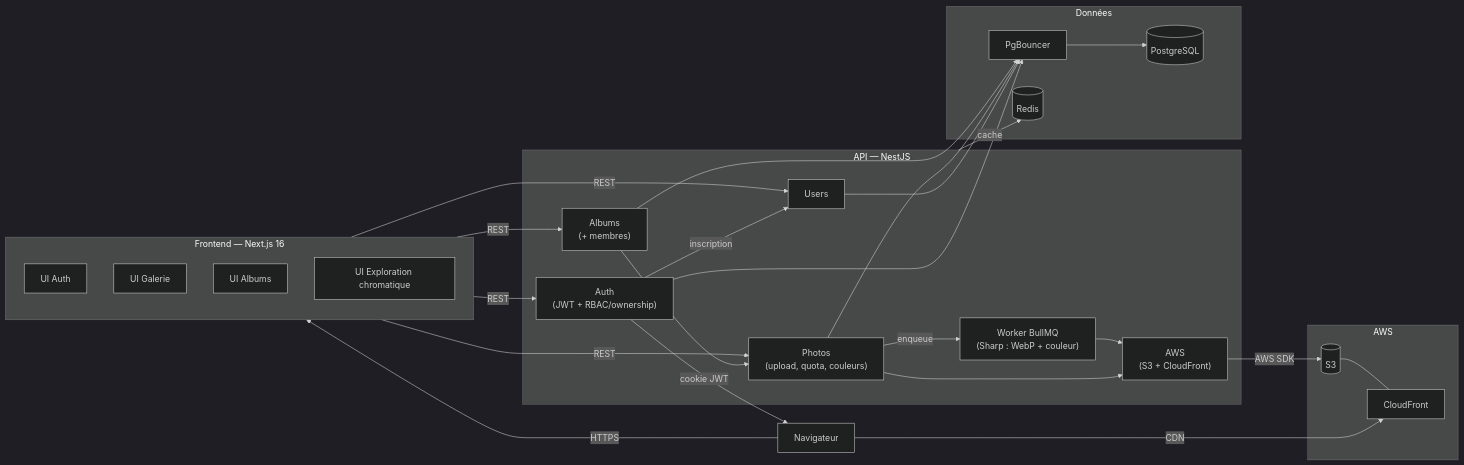
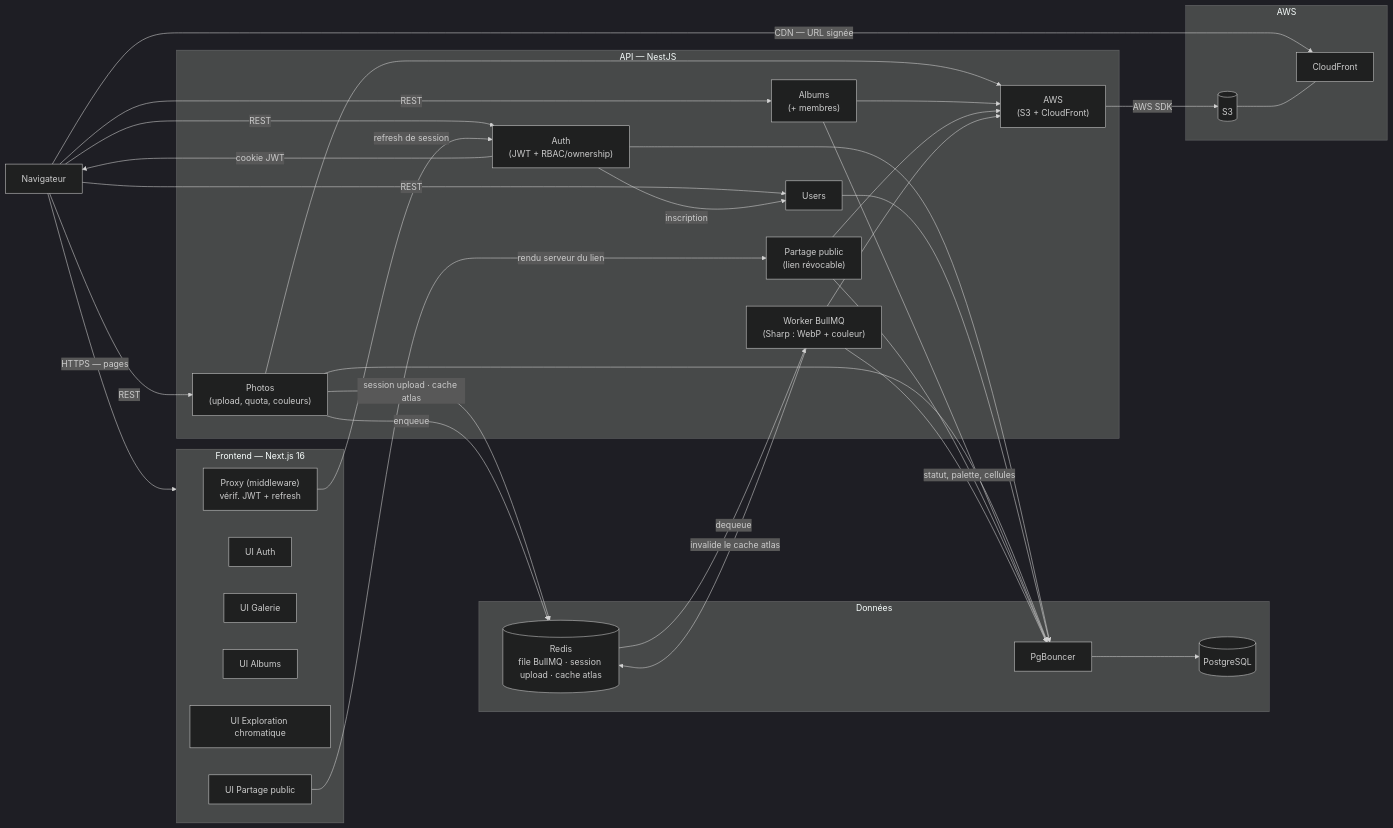
The third of 5 diagrams in docs/cartographie-si.md (TonyMascate/fil_rouge_plateforme), drawn with Mermaid (dark theme) before and after one commit. The commit also changed other lines of this file and 8 other files, not shown here.

````diff
--- a/docs/cartographie-si.md
+++ b/docs/cartographie-si.md
@@ -110,55 +123,68 @@
 ```mermaid
 graph LR
   Browser["Navigateur"]
 
   subgraph Frontend["Frontend — Next.js 16"]
+    Proxy["Proxy (middleware)\nvérif. JWT + refresh"]
     AuthUI["UI Auth"]
     GalleryUI["UI Galerie"]
     AlbumUI["UI Albums"]
     ExploreUI["UI Exploration chromatique"]
+    ShareUI["UI Partage public"]
   end
 
   subgraph API["API — NestJS"]
     AuthMod["Auth\n(JWT + RBAC/ownership)"]
     UserMod["Users"]
     PhotoMod["Photos\n(upload, quota, couleurs)"]
     AlbumMod["Albums\n(+ membres)"]
+    ShareMod["Partage public\n(lien révocable)"]
     AwsMod["AWS\n(S3 + CloudFront)"]
     Worker["Worker BullMQ\n(Sharp : WebP + couleur)"]
   end
 
   subgraph Data["Données"]
     PgBouncer["PgBouncer"]
     PostgreSQL[("PostgreSQL")]
-    Redis[("Redis")]
+    Redis[("Redis\nfile BullMQ · session upload · cache atlas")]
   end
 
   subgraph AWS["AWS"]
     S3[("S3")]
     CloudFront["CloudFront"]
   end
 
-  Browser -->|"HTTPS"| Frontend
-  Browser -->|"CDN"| CloudFront
+  %% Le navigateur consomme l'API en direct (React Query, sous-domaine api.)
+  Browser -->|"HTTPS — pages"| Frontend
+  Browser -->|"REST"| AuthMod
+  Browser -->|"REST"| UserMod
+  Browser -->|"REST"| PhotoMod
+  Browser -->|"REST"| AlbumMod
+  Browser -->|"CDN — URL signée"| CloudFront
 
-  Frontend -->|"REST"| AuthMod
-  Frontend -->|"REST"| UserMod
-  Frontend -->|"REST"| PhotoMod
-  Frontend -->|"REST"| AlbumMod
+  %% Le serveur Next.js n'appelle l'API que sur ces deux flux
+  Proxy -->|"refresh de session"| AuthMod
+  ShareUI -->|"rendu serveur du lien"| ShareMod
 
   AuthMod -->|"cookie JWT"| Browser
   AuthMod -->|"inscription"| UserMod
   AuthMod --> PgBouncer
   UserMod --> PgBouncer
   PhotoMod --> PgBouncer
   PhotoMod --> AwsMod
-  PhotoMod -->|"enqueue"| Worker
-  AlbumMod --> PhotoMod
+  PhotoMod -->|"session upload · cache atlas"| Redis
+  PhotoMod -->|"enqueue"| Redis
   AlbumMod --> PgBouncer
+  AlbumMod --> AwsMod
+  ShareMod --> PgBouncer
+  ShareMod --> AwsMod
+
+  Redis -->|"dequeue"| Worker
   Worker --> AwsMod
+  Worker -->|"statut, palette, cellules"| PgBouncer
+  Worker -->|"invalide le cache atlas"| Redis
+
   AwsMod -->|"AWS SDK"| S3
   S3 --- CloudFront
-
-  API -->|"cache"| Redis
   PgBouncer --> PostgreSQL
 ```
````
